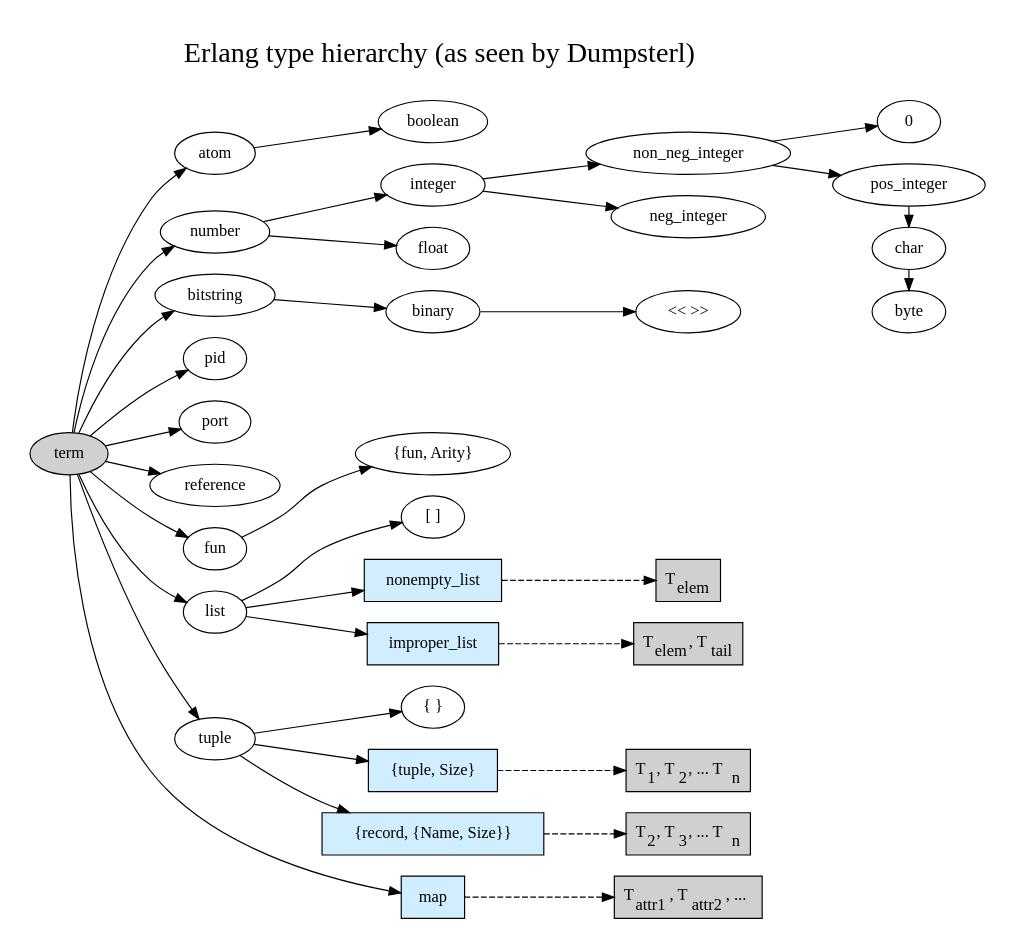
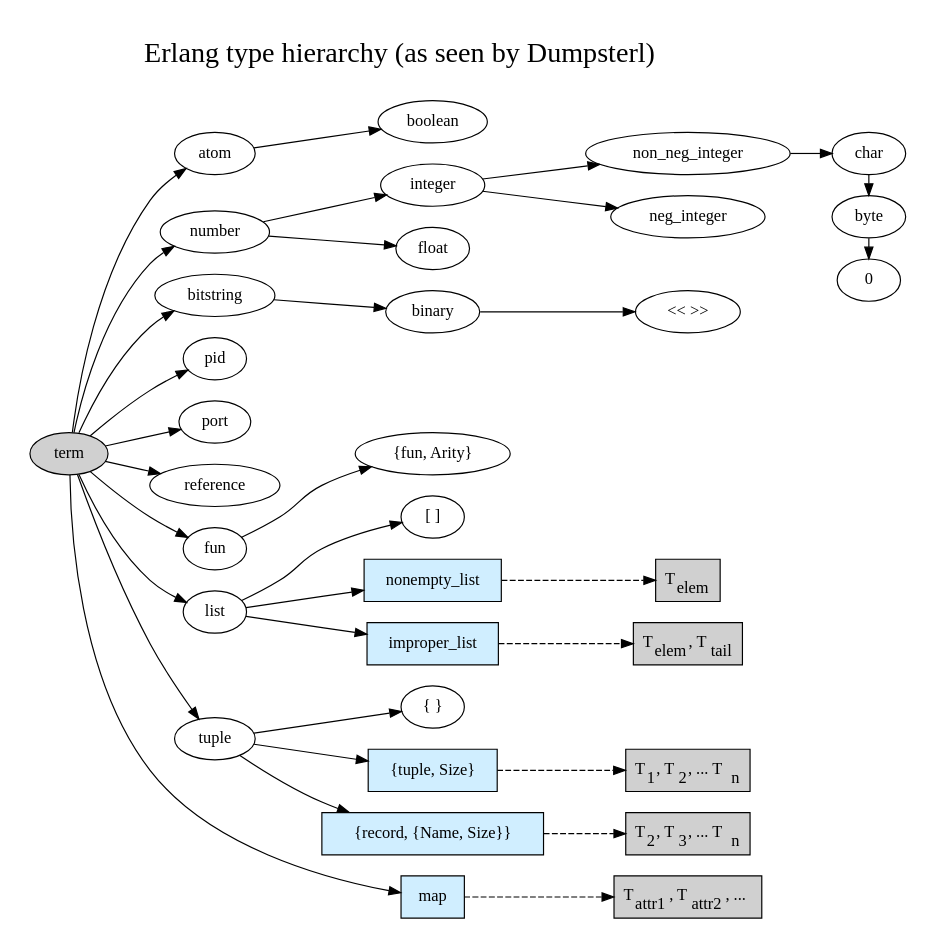
One commit to tomszilagyi/dumpsterl changed the diagram in doc/type_hierarchy.dot. Above: the diagram before and after it, drawn with Graphviz. The commit also changed 4 other files, not shown here.

```diff
--- a/doc/type_hierarchy.dot
+++ b/doc/type_hierarchy.dot
@@ -1,86 +1,85 @@
 digraph type_hierarchy {
         rankdir=LR;
         node [fontname="NewCenturySchlbk-Roman"];
         ordering=out;
         pad=0.25;
 
         fontsize=24;
         label=<<TABLE BORDER="0" CELLBORDER="0"><TR><TD VALIGN="top" HEIGHT="48">Erlang type hierarchy (as seen by Dumpsterl)</TD></TR></TABLE>>;
         labelloc=top;
         labeljust=center;
 
         {
                 node [style=filled; fillcolor="#D0D0D0"];
                 term;
         }
 
         {
                 node [shape=box; style=filled; fillcolor="#D0EEFF"];
                 rank = same;
 
                 map;
                 nonempty_list;
                 improper_list;
                 "{tuple, Size}";
                 "{record, {Name, Size}}";
         }
 
         {
                 node [shape=box; style=filled; fillcolor="#D0D0D0"];
                 _attrs [label=<T<SUB>attr1</SUB>, T<SUB>attr2</SUB>, ...>];
                 _nonempty_elements [label=<T<SUB>elem</SUB>>];
                 _improper_elements [label=<T<SUB>elem</SUB>, T<SUB>tail</SUB>>];
                 _tuple_fields [label=<T<SUB>1</SUB>, T<SUB>2</SUB>, ... T<SUB>n</SUB>>];
                 _record_fields [label=<T<SUB>2</SUB>, T<SUB>3</SUB>, ... T<SUB>n</SUB>>];
         }
 
         {       /* This is a hack to spare some figure real estate. */
                 rank = same;
-                pos_integer; char; byte;
+                char; byte; 0;
         }
 
         term -> atom;
         term -> number;
         term -> bitstring;
         term -> pid;
         term -> port;
         term -> reference;
         term -> fun;
         term -> list;
         term -> tuple;
         term -> map;
 
         atom -> boolean;
 
         number -> integer;
         number -> float;
 
         integer -> non_neg_integer;
         integer -> neg_integer;
 
-        non_neg_integer -> 0;
-        non_neg_integer -> pos_integer;
-
-        pos_integer -> char;
+        non_neg_integer -> char;
 
         char -> byte;
+
+        byte -> 0;
 
         bitstring -> binary;
         binary -> "<< >>";
 
         fun -> "{fun, Arity}";
 
         list -> "[ ]";
         list -> nonempty_list;
         list -> improper_list;
 
         tuple -> "{ }";
         tuple -> "{tuple, Size}";
         tuple -> "{record, {Name, Size}}";
 
         nonempty_list -> _nonempty_elements [style="dashed"];
         improper_list -> _improper_elements [style="dashed"];
         "{tuple, Size}" -> _tuple_fields [style="dashed"];
         "{record, {Name, Size}}" -> _record_fields [style="dashed"];
         map -> _attrs [style="dashed"];
 }
```
